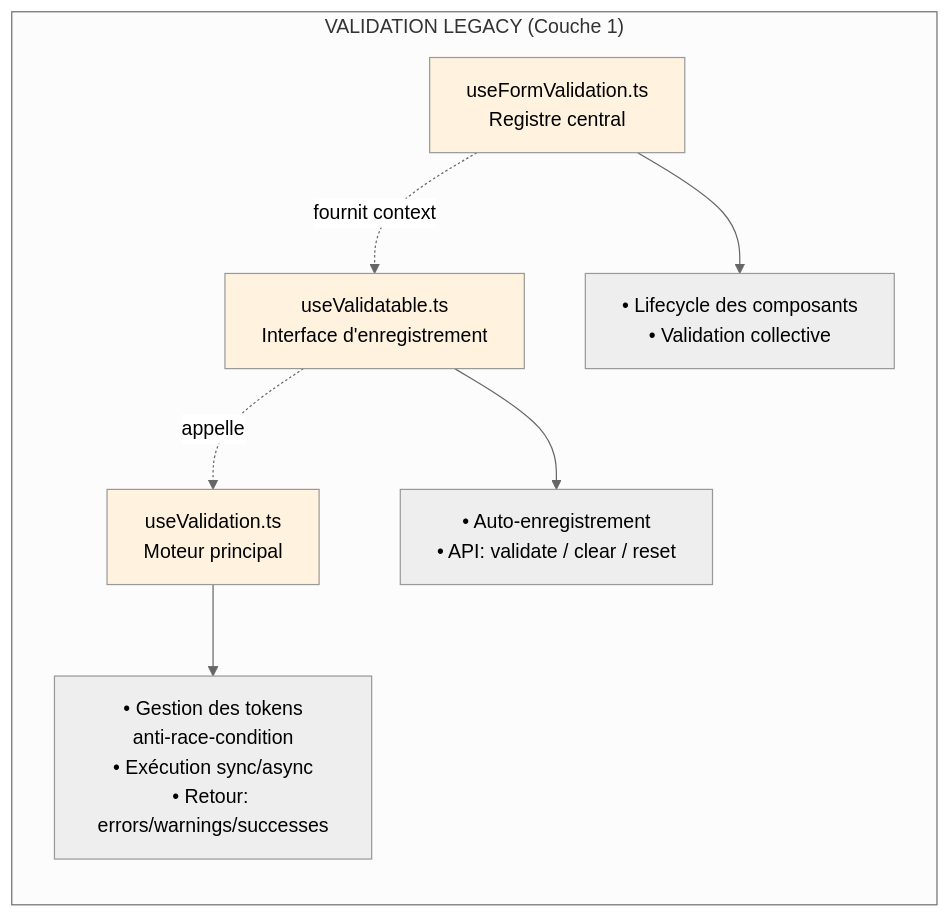
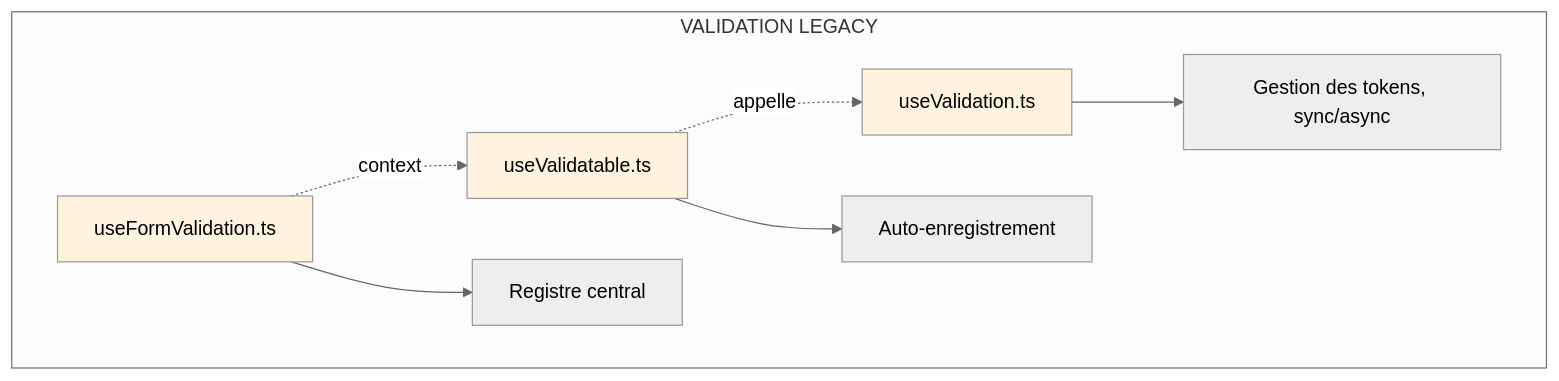
One commit to assurance-maladie-digital/design-system-v3 changed the third of 9 diagrams in VALIDATION_SYSTEM_GUIDE.md. Above: the diagram before and after it, drawn with Mermaid (neutral theme). The commit also changed other lines of this file, not shown here.

Commit message:
VALIDATION_SYSTEM_GUIDE: simplify mermaid diagrams and improve readability

````diff
--- a/VALIDATION_SYSTEM_GUIDE.md
+++ b/VALIDATION_SYSTEM_GUIDE.md
@@ -92,26 +81,24 @@
 ```mermaid
 flowchart TB
-    subgraph Legacy["VALIDATION LEGACY (Couche 1)"]
-        direction TB
+    subgraph Legacy["VALIDATION LEGACY"]
+        UV["useValidation.ts"]
+        UV_Desc["Gestion des tokens, sync/async"]
 
-        UV[useValidation.ts<br/>Moteur principal]
-        UV_Desc["• Gestion des tokens<br/>anti-race-condition<br/>• Exécution sync/async<br/>• Retour: errors/warnings/successes"]
+        UVT["useValidatable.ts"]
+        UVT_Desc["Auto-enregistrement"]
 
-        UVT[useValidatable.ts<br/>Interface d'enregistrement]
-        UVT_Desc["• Auto-enregistrement<br/>• API: validate / clear / reset"]
-
-        UFV[useFormValidation.ts<br/>Registre central]
-        UFV_Desc["• Lifecycle des composants<br/>• Validation collective"]
+        UFV["useFormValidation.ts"]
+        UFV_Desc["Registre central"]
     end
 
     UV --> UV_Desc
     UVT --> UVT_Desc
     UFV --> UFV_Desc
 
-    UFV -.->|fournit context| UVT
+    UFV -.->|context| UVT
     UVT -.->|appelle| UV
 
     style UV fill:#fff3e0
     style UVT fill:#fff3e0
     style UFV fill:#fff3e0
 ```
````
